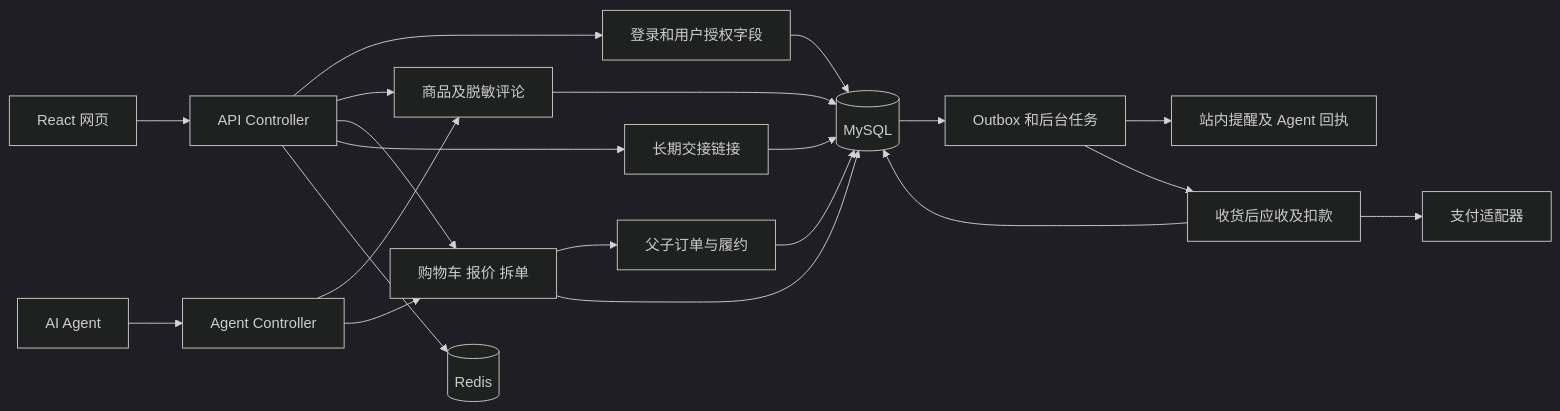
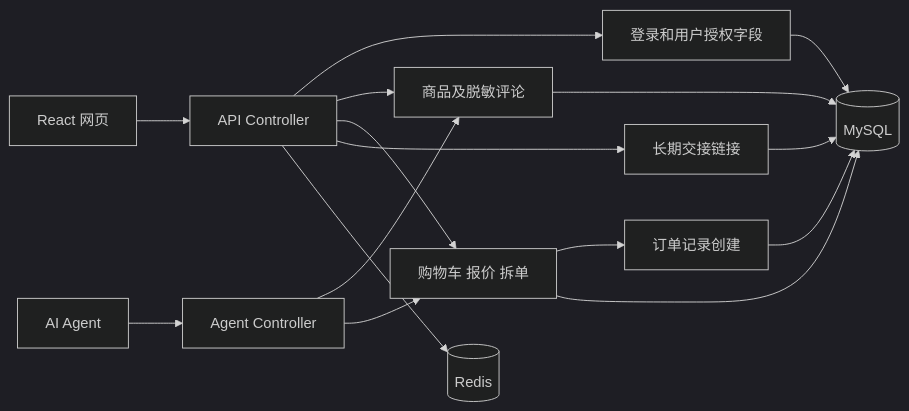
The diagram in docs/v0.1.0/backend-technical-design.md (sunqun/ai-shop-assistant), drawn with Mermaid (dark theme) before and after one commit. The commit also changed other lines of this file and 3 other files, not shown here.

````diff
--- a/docs/v0.1.0/backend-technical-design.md
+++ b/docs/v0.1.0/backend-technical-design.md
@@ -14,23 +14,18 @@
 ```mermaid
 flowchart LR
   Web[React 网页] --> API[API Controller]
   AI[AI Agent] --> Agent[Agent Controller]
   API --> Auth[登录和用户授权字段]
   API --> Catalog[商品及脱敏评论]
   Agent --> Catalog
   API --> Checkout[购物车 报价 拆单]
   Agent --> Checkout
-  Checkout --> Orders[父子订单与履约]
+  Checkout --> Orders[订单记录创建]
   API --> Handoff[长期交接链接]
   Orders --> DB[(MySQL)]
   Auth --> DB
   Catalog --> DB
   Checkout --> DB
   Handoff --> DB
   API --> Cache[(Redis)]
-  DB --> Worker[Outbox 和后台任务]
-  Worker --> Notice[站内提醒及 Agent 回执]
-  Worker --> Settlement[收货后应收及扣款]
-  Settlement --> Provider[支付适配器]
-  Settlement --> DB
 ```
````
